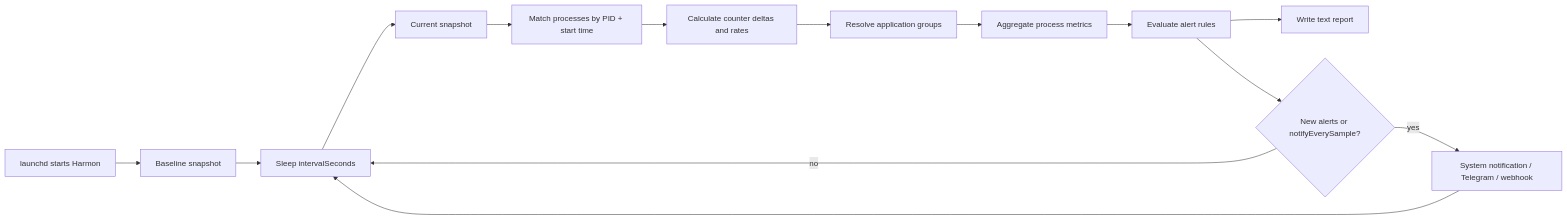
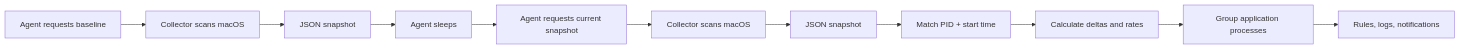
Before and after one commit to Heapy/harmon: the diagram in docs/collection.md, drawn with Mermaid. The commit also changed other lines of this file and 31 other files, not shown here.

First line of the commit message:
feat: split monitoring into collector and agent

````diff
--- a/docs/collection.md
+++ b/docs/collection.md
@@ -13,16 +13,13 @@
 ```mermaid
 flowchart LR
-    A[launchd starts Harmon] --> B[Baseline snapshot]
-    B --> C[Sleep intervalSeconds]
-    C --> D[Current snapshot]
-    D --> E[Match processes by PID + start time]
-    E --> F[Calculate counter deltas and rates]
-    F --> G[Resolve application groups]
-    G --> H[Aggregate process metrics]
-    H --> I[Evaluate alert rules]
-    I --> J[Write text report]
-    I --> K{New alerts or notifyEverySample?}
-    K -->|yes| L[System notification / Telegram / webhook]
-    K -->|no| C
-    L --> C
+    A[Agent requests baseline] --> B[Collector scans macOS]
+    B --> C[JSON snapshot]
+    C --> D[Agent sleeps]
+    D --> E[Agent requests current snapshot]
+    E --> F[Collector scans macOS]
+    F --> G[JSON snapshot]
+    G --> H[Match PID + start time]
+    H --> I[Calculate deltas and rates]
+    I --> J[Group application processes]
+    J --> K[Rules, logs, notifications]
 ```
````
